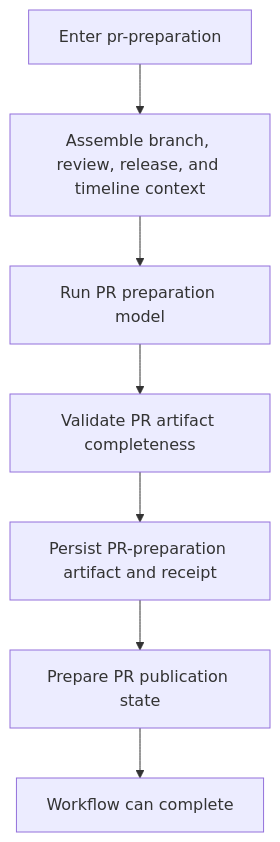
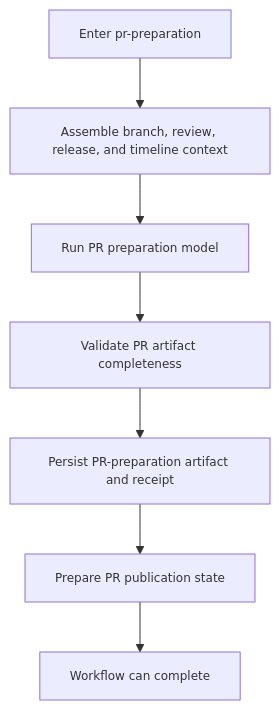
One commit to PinedaTec-EU/SpecForge.AI changed the ninth of 10 diagrams in doc/phase-runtime-graphs.md. Above: the diagram before and after it, drawn with Mermaid. The commit also changed other lines of this file, not shown here.

Commit message:
docs reduce mermaid font size in phase runtime graphs

````diff
--- a/doc/phase-runtime-graphs.md
+++ b/doc/phase-runtime-graphs.md
@@ -169,9 +177,10 @@
 ```mermaid
+%%{init: {'themeVariables': {'fontSize': '12px'}}}%%
 flowchart TD
     start["Enter pr-preparation"] --> assemble["Assemble branch, review, release, and timeline context"]
     assemble --> execute["Run PR preparation model"]
     execute --> validate["Validate PR artifact completeness"]
     validate --> persist["Persist PR-preparation artifact and receipt"]
     persist --> publish["Prepare PR publication state"]
     publish --> done["Workflow can complete"]
 ```
````
